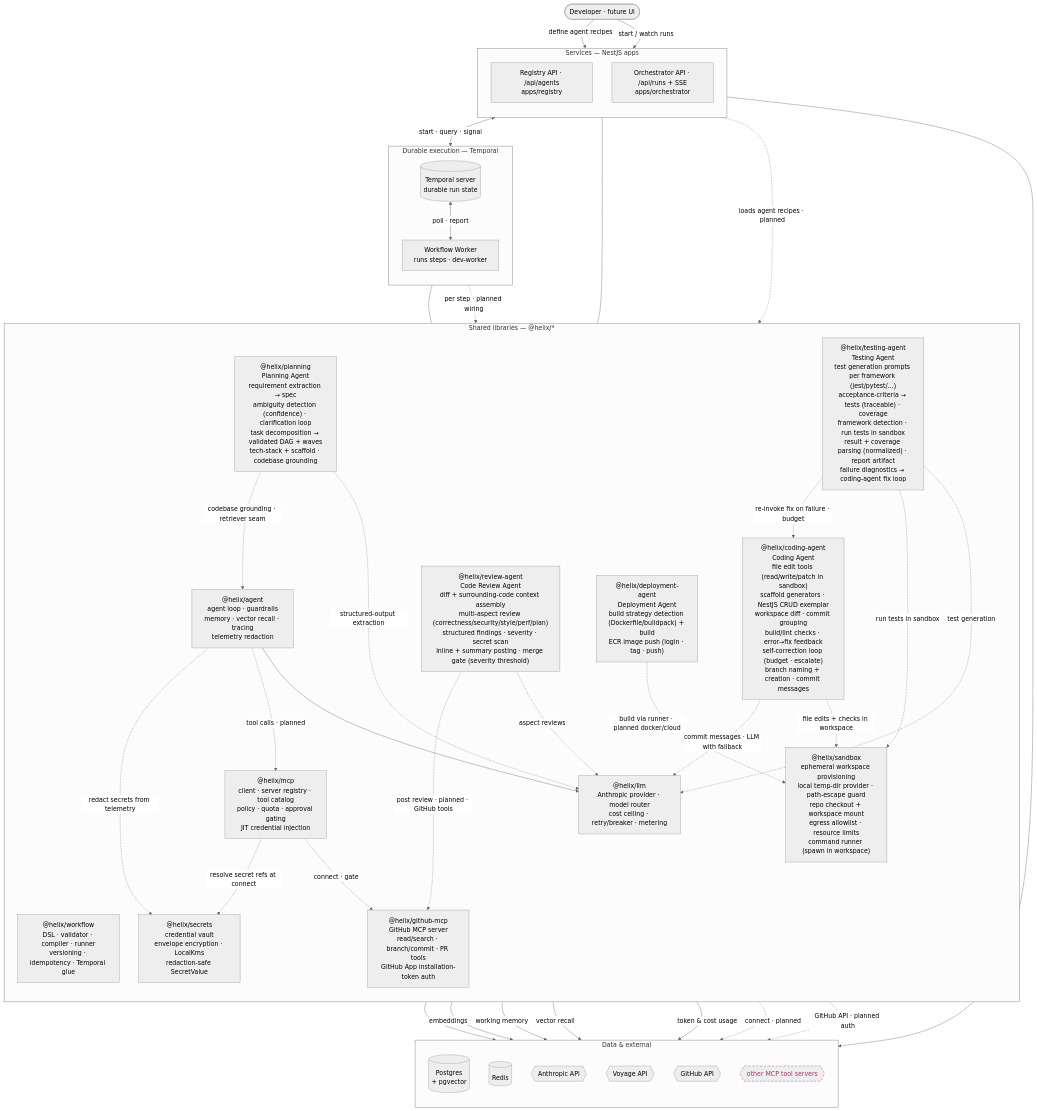
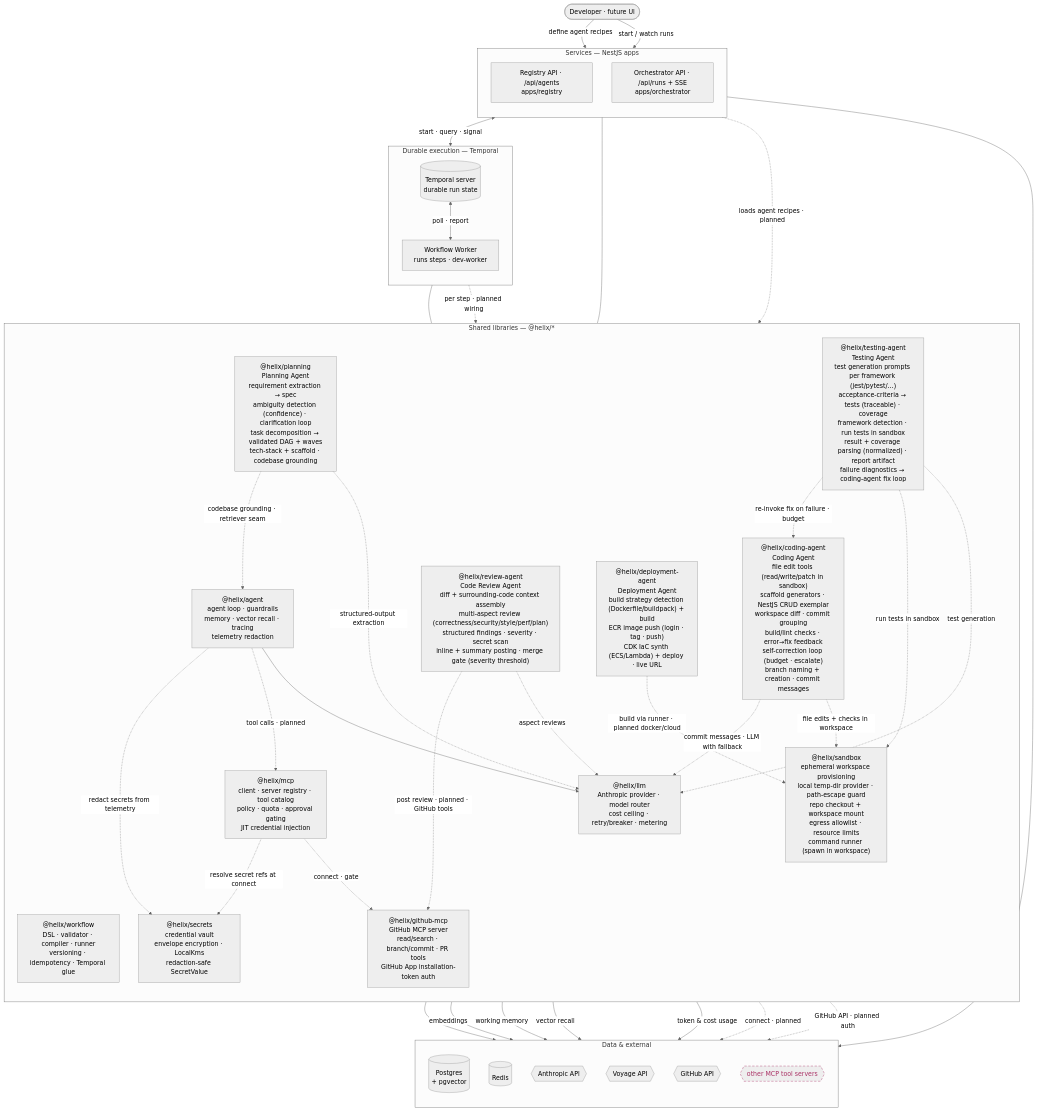
One commit to shhashhank/helix changed the first of 2 diagrams in docs/ARCHITECTURE.md. Above: the diagram before and after it, drawn with Mermaid (neutral theme). The commit also changed other lines of this file and 5 other files, not shown here.

First line of the commit message:
HELIX-126: IaC deploy (CDK) for ECS/Lambda (#90)

````diff
--- a/docs/ARCHITECTURE.md
+++ b/docs/ARCHITECTURE.md
@@ -16,77 +16,77 @@
 ```mermaid
 flowchart TB
   user([Developer · future UI])
 
   subgraph svc["Services — NestJS apps"]
     direction TB
     reg["Registry API · /api/agents<br/>apps/registry"]
     orc["Orchestrator API · /api/runs + SSE<br/>apps/orchestrator"]
   end
 
   subgraph dur["Durable execution — Temporal"]
     direction TB
     tmp[("Temporal server<br/>durable run state")]
     wkr["Workflow Worker<br/>runs steps · dev-worker"]
   end
 
   subgraph lib["Shared libraries — @helix/*"]
     direction TB
     wf["@helix/workflow<br/>DSL · validator · compiler · runner<br/>versioning · idempotency · Temporal glue"]
     ag["@helix/agent<br/>agent loop · guardrails<br/>memory · vector recall · tracing<br/>telemetry redaction"]
     lm["@helix/llm<br/>Anthropic provider · model router<br/>cost ceiling · retry/breaker · metering"]
     mc["@helix/mcp<br/>client · server registry · tool catalog<br/>policy · quota · approval gating<br/>JIT credential injection"]
     gh["@helix/github-mcp<br/>GitHub MCP server<br/>read/search · branch/commit · PR tools<br/>GitHub App installation-token auth"]
     sec["@helix/secrets<br/>credential vault<br/>envelope encryption · LocalKms<br/>redaction-safe SecretValue"]
     pl["@helix/planning<br/>Planning Agent<br/>requirement extraction → spec<br/>ambiguity detection (confidence) · clarification loop<br/>task decomposition → validated DAG + waves<br/>tech-stack + scaffold · codebase grounding"]
     sbx["@helix/sandbox<br/>ephemeral workspace provisioning<br/>local temp-dir provider · path-escape guard<br/>repo checkout + workspace mount<br/>egress allowlist · resource limits<br/>command runner (spawn in workspace)"]
     cag["@helix/coding-agent<br/>Coding Agent<br/>file edit tools (read/write/patch in sandbox)<br/>scaffold generators · NestJS CRUD exemplar<br/>workspace diff · commit grouping<br/>build/lint checks · error→fix feedback<br/>self-correction loop (budget · escalate)<br/>branch naming + creation · commit messages"]
     rev["@helix/review-agent<br/>Code Review Agent<br/>diff + surrounding-code context assembly<br/>multi-aspect review (correctness/security/style/perf/plan)<br/>structured findings · severity · secret scan<br/>inline + summary posting · merge gate (severity threshold)"]
     tst["@helix/testing-agent<br/>Testing Agent<br/>test generation prompts per framework (jest/pytest/…)<br/>acceptance-criteria → tests (traceable) · coverage<br/>framework detection · run tests in sandbox<br/>result + coverage parsing (normalized) · report artifact<br/>failure diagnostics → coding-agent fix loop"]
-    dep["@helix/deployment-agent<br/>Deployment Agent<br/>build strategy detection (Dockerfile/buildpack) + build<br/>ECR image push (login · tag · push)"]
+    dep["@helix/deployment-agent<br/>Deployment Agent<br/>build strategy detection (Dockerfile/buildpack) + build<br/>ECR image push (login · tag · push)<br/>CDK IaC synth (ECS/Lambda) + deploy · live URL"]
   end
 
   subgraph dat["Data & external"]
     direction TB
     pg[("Postgres<br/>+ pgvector")]
     rd[("Redis")]
     an{{Anthropic API}}
     vo{{Voyage API}}
     gha{{GitHub API}}
     ext{{other MCP tool servers}}
   end
 
   user -->|define agent recipes| reg
   user -->|start / watch runs| orc
   reg --> pg
   orc <-->|start · query · signal| tmp
   tmp <-->|poll · report| wkr
   wkr --- wf
   orc --- wf
   wkr -.->|per step · planned wiring| ag
   reg -.->|loads agent recipes · planned| ag
   ag --> lm
   ag -.->|tool calls · planned| mc
   lm --> an
   ag -->|embeddings| vo
   ag -->|working memory| rd
   ag -->|vector recall| pg
   lm -->|token & cost usage| pg
   mc -.->|connect · gate| gh
   mc -.->|connect · planned| ext
   mc -.->|resolve secret refs at connect| sec
   ag -.->|redact secrets from telemetry| sec
   pl -.->|structured-output extraction| lm
   pl -.->|codebase grounding · retriever seam| ag
   cag -.->|file edits + checks in workspace| sbx
   cag -.->|commit messages · LLM with fallback| lm
   rev -.->|aspect reviews| lm
   tst -.->|test generation| lm
   tst -.->|run tests in sandbox| sbx
   tst -.->|re-invoke fix on failure · budget| cag
   dep -.->|build via runner · planned docker/cloud| sbx
   rev -.->|post review · planned · GitHub tools| gh
   gh -.->|GitHub API · planned auth| gha
 
   classDef planned stroke-dasharray:6 4,stroke:#a36,color:#a36;
   class ext planned;
 ```
````
